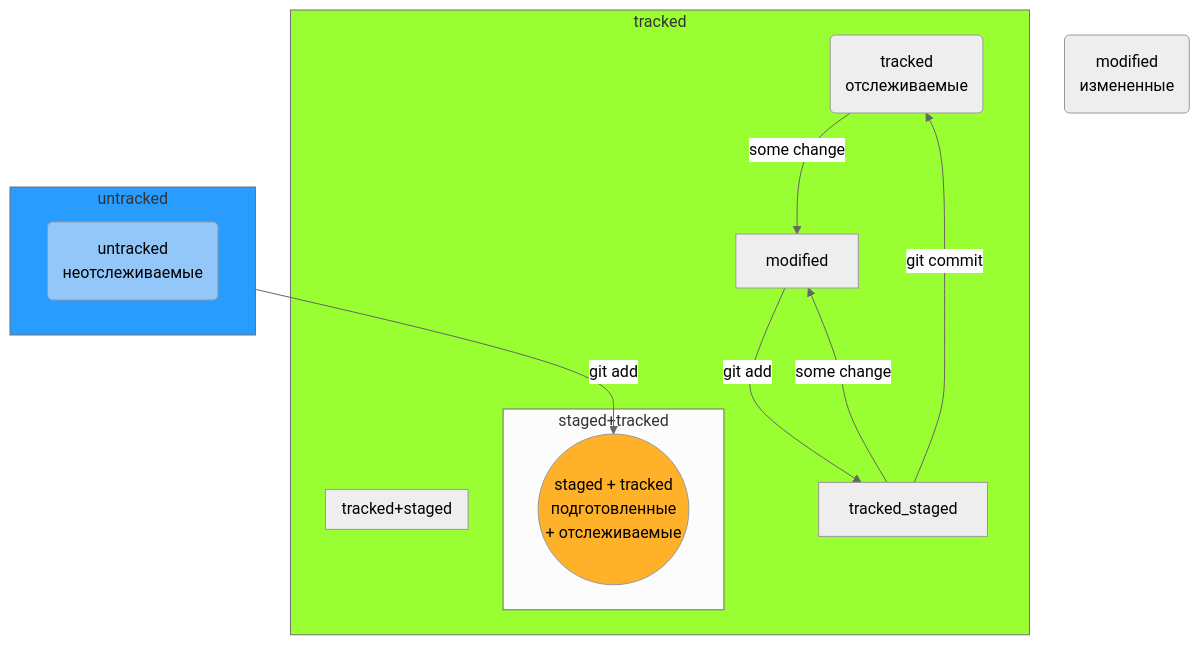
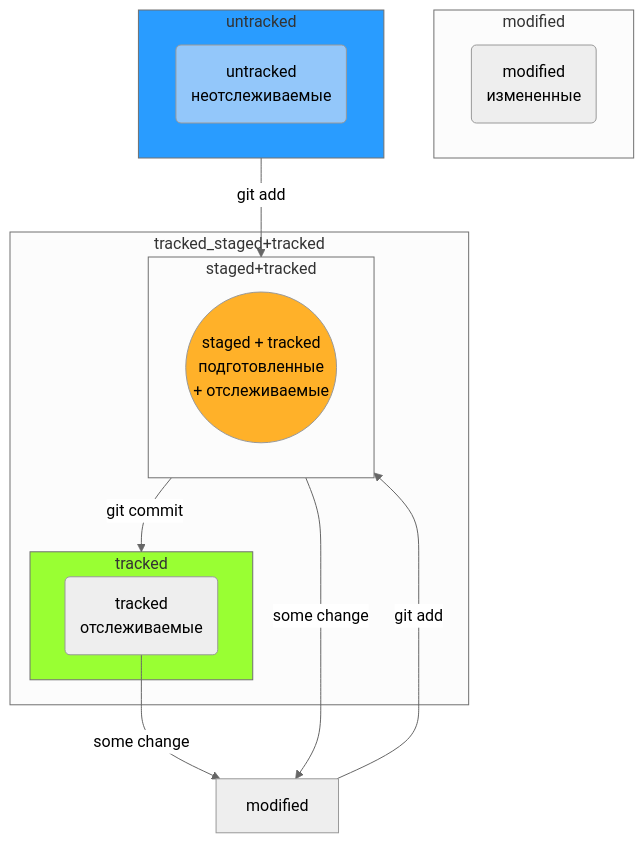
One commit to AleksandrVakarin/GitInstructionMermaid changed the diagram in README.md. Above: the diagram before and after it, drawn with Mermaid (neutral theme).

````diff
--- a/README.md
+++ b/README.md
@@ -93,42 +93,45 @@
 ```mermaid
 flowchart TD;
 	
 	stgd((staged + tracked<br>подготовленные<br> + отслеживаемые))
 	mdf(modified<br>измененные)
 	untr(untracked<br>неотслеживаемые)
 	trcd(tracked<br>отслеживаемые)
 
 
 	
 
-	subgraph tracked
+	subgraph tracked_staged+tracked
 
+		subgraph tracked
+			trcd
+		end
 
 		subgraph staged+tracked
 			stgd
 		end
 
-		modified-- git add --> tracked_staged
-		tracked_staged-- some change --> modified
-		tracked_staged-- git commit --> trcd
-		trcd-- some change -->modified
+	end
 
-		
 
-		subgraph tracked+staged
-		end
-
+	subgraph modified 
+		mdf
 	end
 
 
 	subgraph untracked
 		untr
 	end
 	
-	untracked-- git add -->stgd
+	untracked-- git add -->staged+tracked
+	modified-- git add --> staged+tracked
+	staged+tracked-- some change --> modified
+	staged+tracked-- git commit --> tracked
+	trcd-- some change -->modified
+
 
 	style stgd fill: #FFB129
 	style untr fill: #93C7FA
 	style untracked fill: #299CFF
 	style tracked fill: #99FF33
 ```
````
